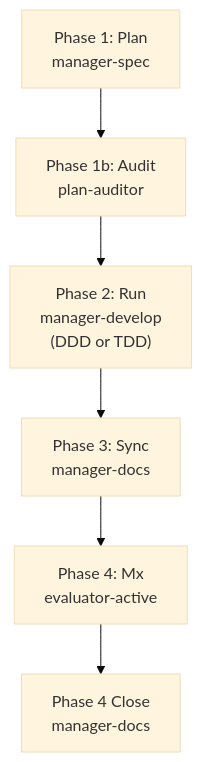
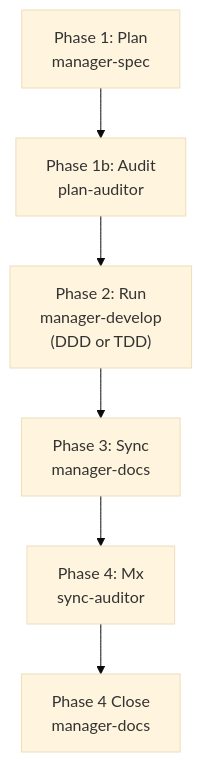
One commit to modu-ai/moai-adk changed the fourth of 4 diagrams in docs-site/content/en/advanced/agent-guide.md. Above: the diagram before and after it, drawn with Mermaid (base theme). The commit also changed other lines of this file and 149 other files, not shown here.

First line of the commit message:
chore(agents): evaluator-active를 sync-auditor로 rename (plan-auditor phase 대칭)

````diff
--- a/docs-site/content/en/advanced/agent-guide.md
+++ b/docs-site/content/en/advanced/agent-guide.md
@@ -283,8 +283,8 @@
 ```mermaid
 flowchart TD
     A["Phase 1: Plan<br/>manager-spec"] --> B["Phase 1b: Audit<br/>plan-auditor"]
     B --> C["Phase 2: Run<br/>manager-develop<br/>(DDD or TDD)"]
     C --> D["Phase 3: Sync<br/>manager-docs"]
-    D --> E["Phase 4: Mx<br/>evaluator-active"]
+    D --> E["Phase 4: Mx<br/>sync-auditor"]
     E --> F["Phase 4 Close<br/>manager-docs"]
 ```
````
